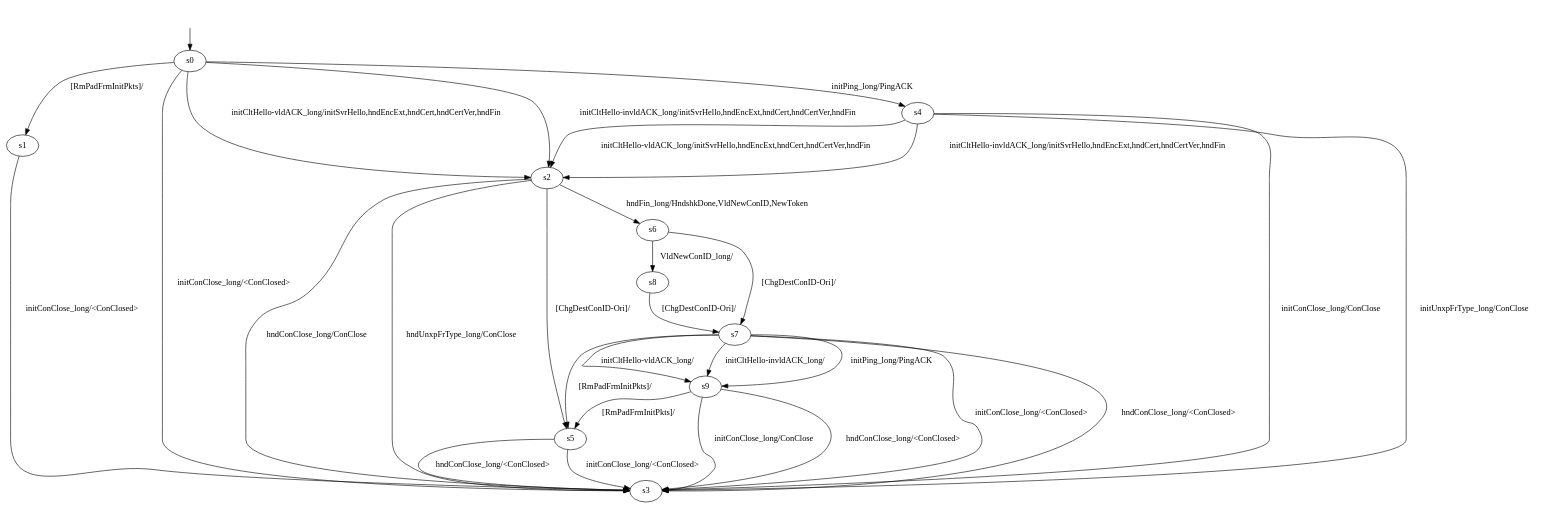
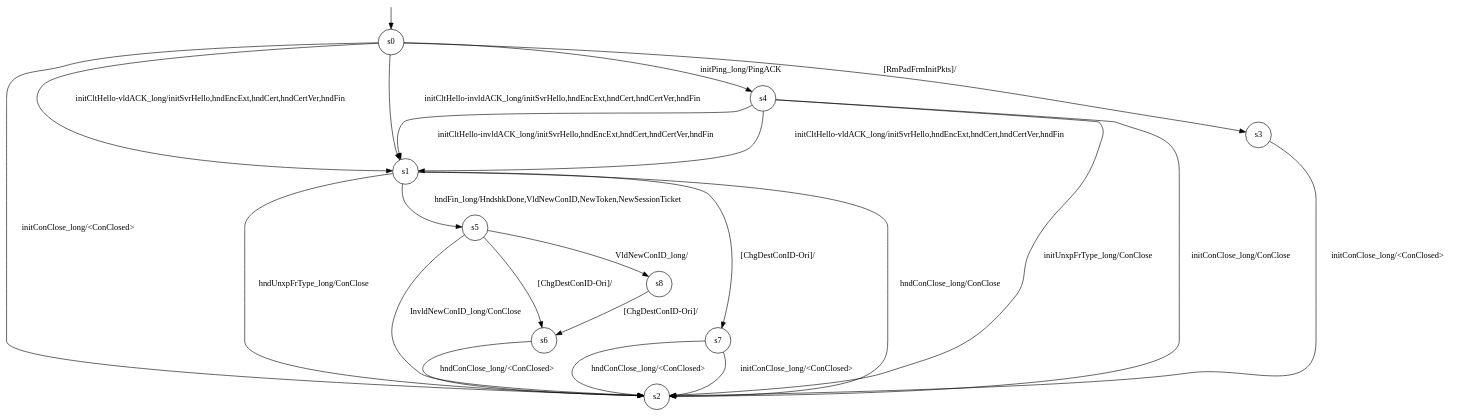
The diagram in results/neqoModels/CS-long/neqo-B-l-0/optimisedLearnedModel.dot (QUICTester/QUICTester), drawn with Graphviz before and after one commit. The commit also changed 218 other files, not shown here.

```diff
--- a/results/neqoModels/CS-long/neqo-B-l-0/optimisedLearnedModel.dot
+++ b/results/neqoModels/CS-long/neqo-B-l-0/optimisedLearnedModel.dot
@@ -1,42 +1,37 @@
-digraph "../results/neqoModels/neqo-B-lCS-0/learnedModel" {
-s0 [label=s0];
-s1 [label=s1];
-s2 [label=s2];
-s3 [label=s3];
-s4 [label=s4];
-s5 [label=s5];
-s6 [label=s6];
-s7 [label=s7];
-s8 [label=s8];
-s9 [label=s9];
-s0 -> s4  [label="initPing_long/PingACK "];
-s0 -> s3  [label="initConClose_long/<ConClosed> "];
-s0 -> s2  [label="initCltHello-vldACK_long/initSvrHello,hndEncExt,hndCert,hndCertVer,hndFin "];
-s0 -> s2  [label="initCltHello-invldACK_long/initSvrHello,hndEncExt,hndCert,hndCertVer,hndFin "];
-s0 -> s1  [label="[RmPadFrmInitPkts]/ "];
-s1 -> s3  [label="initConClose_long/<ConClosed> "];
-s2 -> s6  [label="hndFin_long/HndshkDone,VldNewConID,NewToken "];
-s2 -> s3  [label="hndConClose_long/ConClose "];
-s2 -> s3  [label="hndUnxpFrType_long/ConClose "];
-s2 -> s5  [label="[ChgDestConID-Ori]/ "];
-s4 -> s3  [label="initConClose_long/ConClose "];
-s4 -> s2  [label="initCltHello-vldACK_long/initSvrHello,hndEncExt,hndCert,hndCertVer,hndFin "];
-s4 -> s2  [label="initCltHello-invldACK_long/initSvrHello,hndEncExt,hndCert,hndCertVer,hndFin "];
-s4 -> s3  [label="initUnxpFrType_long/ConClose "];
-s5 -> s3  [label="initConClose_long/<ConClosed> "];
-s5 -> s3  [label="hndConClose_long/<ConClosed> "];
-s6 -> s8  [label="VldNewConID_long/ "];
-s6 -> s7  [label="[ChgDestConID-Ori]/ "];
-s7 -> s9  [label="initPing_long/PingACK "];
-s7 -> s3  [label="initConClose_long/<ConClosed> "];
-s7 -> s9  [label="initCltHello-vldACK_long/ "];
-s7 -> s9  [label="initCltHello-invldACK_long/ "];
-s7 -> s3  [label="hndConClose_long/<ConClosed> "];
-s7 -> s5  [label="[RmPadFrmInitPkts]/ "];
-s8 -> s7  [label="[ChgDestConID-Ori]/ "];
-s9 -> s3  [label="initConClose_long/ConClose "];
-s9 -> s3  [label="hndConClose_long/<ConClosed> "];
-s9 -> s5  [label="[RmPadFrmInitPkts]/ "];
-__start0 [label="", shape=none];
-__start0 -> s0  [label=""];
+digraph g {
+
+s0 [shape="circle" label="s0"];
+s1 [shape="circle" label="s1"];
+s2 [shape="circle" label="s2"];
+s3 [shape="circle" label="s3"];
+s4 [shape="circle" label="s4"];
+s5 [shape="circle" label="s5"];
+s6 [shape="circle" label="s6"];
+s7 [shape="circle" label="s7"];
+s8 [shape="circle" label="s8"];
+s0 -> s4 [label="initPing_long/PingACK "];
+s0 -> s2 [label="initConClose_long/<ConClosed> "];
+s0 -> s1 [label="initCltHello-vldACK_long/initSvrHello,hndEncExt,hndCert,hndCertVer,hndFin "];
+s0 -> s1 [label="initCltHello-invldACK_long/initSvrHello,hndEncExt,hndCert,hndCertVer,hndFin "];
+s0 -> s3 [label="[RmPadFrmInitPkts]/ "];
+s1 -> s5 [label="hndFin_long/HndshkDone,VldNewConID,NewToken,NewSessionTicket "];
+s1 -> s2 [label="hndConClose_long/ConClose "];
+s1 -> s2 [label="hndUnxpFrType_long/ConClose "];
+s1 -> s7 [label="[ChgDestConID-Ori]/ "];
+s3 -> s2 [label="initConClose_long/<ConClosed> "];
+s4 -> s2 [label="initConClose_long/ConClose "];
+s4 -> s1 [label="initCltHello-vldACK_long/initSvrHello,hndEncExt,hndCert,hndCertVer,hndFin "];
+s4 -> s1 [label="initCltHello-invldACK_long/initSvrHello,hndEncExt,hndCert,hndCertVer,hndFin "];
+s4 -> s2 [label="initUnxpFrType_long/ConClose "];
+s5 -> s8 [label="VldNewConID_long/ "];
+s5 -> s2 [label="InvldNewConID_long/ConClose "];
+s5 -> s6 [label="[ChgDestConID-Ori]/ "];
+s6 -> s2 [label="hndConClose_long/<ConClosed> "];
+s7 -> s2 [label="initConClose_long/<ConClosed> "];
+s7 -> s2 [label="hndConClose_long/<ConClosed> "];
+s8 -> s6 [label="[ChgDestConID-Ori]/ "];
+
+__start0 [label="" shape="none" width="0" height="0"];
+__start0 -> s0;
+
 }
```
